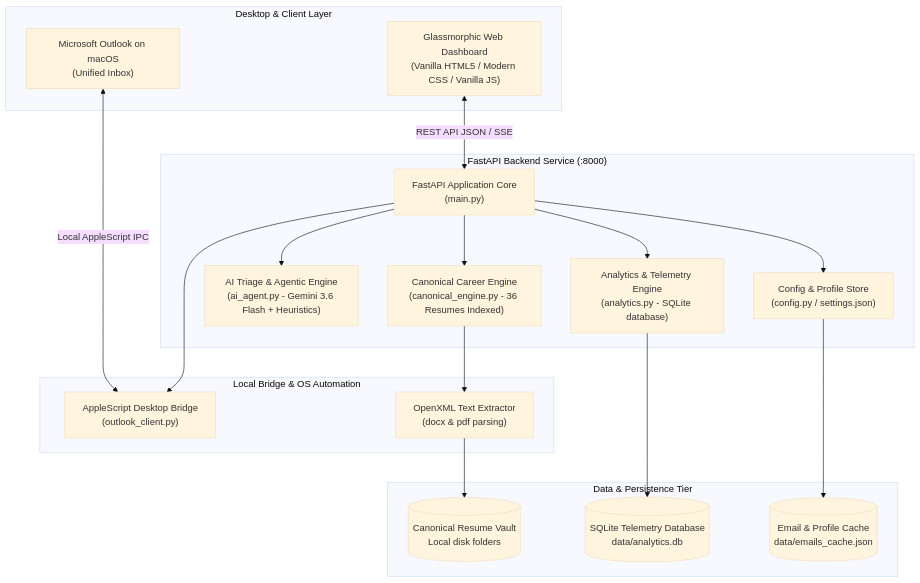
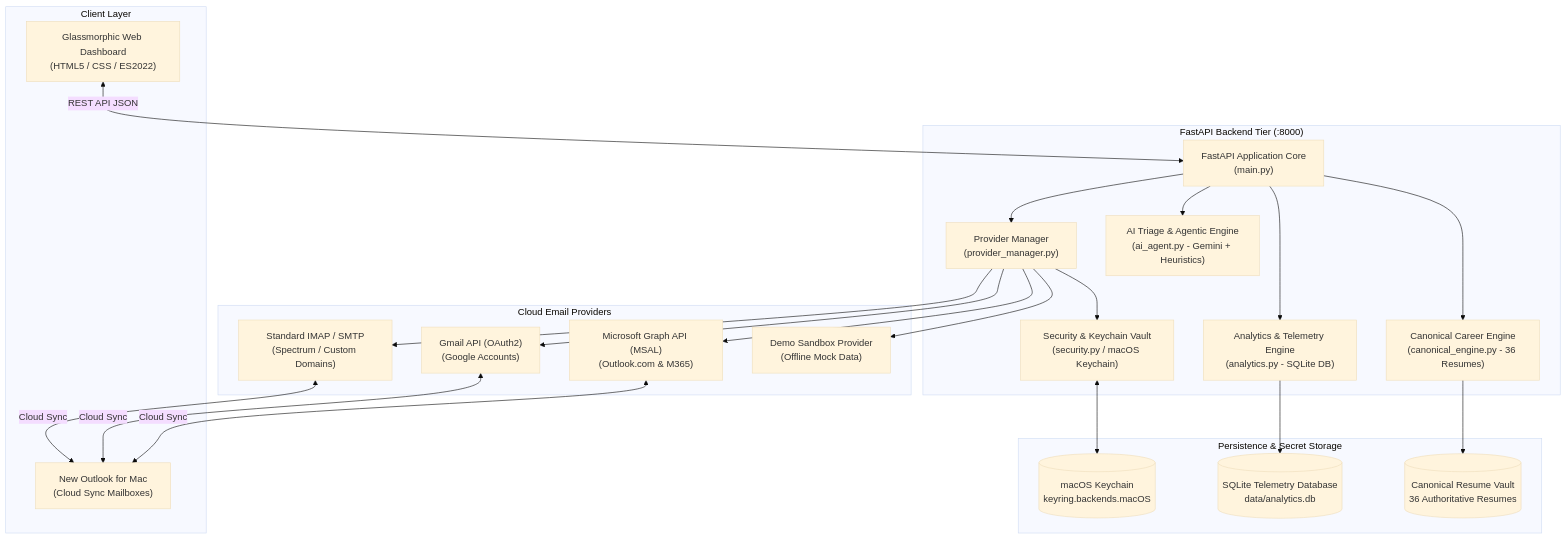
One commit to briankinlaw/aura-mail-ai changed the diagram in ARCHITECTURE.md. Above: the diagram before and after it, drawn with Mermaid (base theme). The commit also changed other lines of this file and 27 other files, not shown here.

Commit message:
feat(v1.1): Cloud-First Multi-Account Architecture with MSAL Graph, Gmail, IMAP, Keychain Security, and Truthful Error Reporting

````diff
--- a/ARCHITECTURE.md
+++ b/ARCHITECTURE.md
@@ -26,38 +24,46 @@
 ```mermaid
 graph TD
-    subgraph "Desktop & Client Layer"
-        MO["Microsoft Outlook on macOS<br/>(Unified Inbox)"]
-        UI["Glassmorphic Web Dashboard<br/>(Vanilla HTML5 / Modern CSS / Vanilla JS)"]
+    subgraph "Client Layer"
+        NOM["New Outlook for Mac<br/>(Cloud Sync Mailboxes)"]
+        UI["Glassmorphic Web Dashboard<br/>(HTML5 / CSS / ES2022)"]
     end
 
-    subgraph "Local Bridge & OS Automation"
-        ASB["AppleScript Desktop Bridge<br/>(outlook_client.py)"]
-        FS["OpenXML Text Extractor<br/>(docx & pdf parsing)"]
+    subgraph "FastAPI Backend Tier (:8000)"
+        MAIN["FastAPI Application Core<br/>(main.py)"]
+        PM["Provider Manager<br/>(provider_manager.py)"]
+        SEC["Security & Keychain Vault<br/>(security.py / macOS Keychain)"]
+        AI["AI Triage & Agentic Engine<br/>(ai_agent.py - Gemini + Heuristics)"]
+        CCE["Canonical Career Engine<br/>(canonical_engine.py - 36 Resumes)"]
+        ANL["Analytics & Telemetry Engine<br/>(analytics.py - SQLite DB)"]
     end
 
-    subgraph "FastAPI Backend Service (:8000)"
-        MAIN["FastAPI Application Core<br/>(main.py)"]
-        AI["AI Triage & Agentic Engine<br/>(ai_agent.py - Gemini 3.6 Flash + Heuristics)"]
-        CCE["Canonical Career Engine<br/>(canonical_engine.py - 36 Resumes Indexed)"]
-        ANL["Analytics & Telemetry Engine<br/>(analytics.py - SQLite database)"]
-        CFG["Config & Profile Store<br/>(config.py / settings.json)"]
+    subgraph "Cloud Email Providers"
+        GRAPH["Microsoft Graph API (MSAL)<br/>(Outlook.com & M365)"]
+        GMAIL["Gmail API (OAuth2)<br/>(Google Accounts)"]
+        IMAP["Standard IMAP / SMTP<br/>(Spectrum / Custom Domains)"]
+        DEMO["Demo Sandbox Provider<br/>(Offline Mock Data)"]
     end
 
-    subgraph "Data & Persistence Tier"
-        DB[(SQLite Telemetry Database<br/>data/analytics.db)]
-        CACHE[(Email & Profile Cache<br/>data/emails_cache.json)]
-        VAULT[(Canonical Resume Vault<br/>Local disk folders)]
+    subgraph "Persistence & Secret Storage"
+        KC[("macOS Keychain<br/>keyring.backends.macOS")]
+        DB[("SQLite Telemetry Database<br/>data/analytics.db")]
+        VAULT[("Canonical Resume Vault<br/>36 Authoritative Resumes")]
     end
 
-    MO <-->|Local AppleScript IPC| ASB
-    UI <-->|REST API JSON / SSE| MAIN
-    MAIN --> ASB
+    UI <-->|REST API JSON| MAIN
+    MAIN --> PM
     MAIN --> AI
     MAIN --> CCE
     MAIN --> ANL
-    MAIN --> CFG
-    CCE --> FS
-    FS --> VAULT
+    PM --> GRAPH
+    PM --> GMAIL
+    PM --> IMAP
+    PM --> DEMO
+    PM --> SEC
+    SEC <--> KC
+    GRAPH <-->|Cloud Sync| NOM
+    GMAIL <-->|Cloud Sync| NOM
+    IMAP <-->|Cloud Sync| NOM
     ANL --> DB
-    CFG --> CACHE
+    CCE --> VAULT
 ```
````
